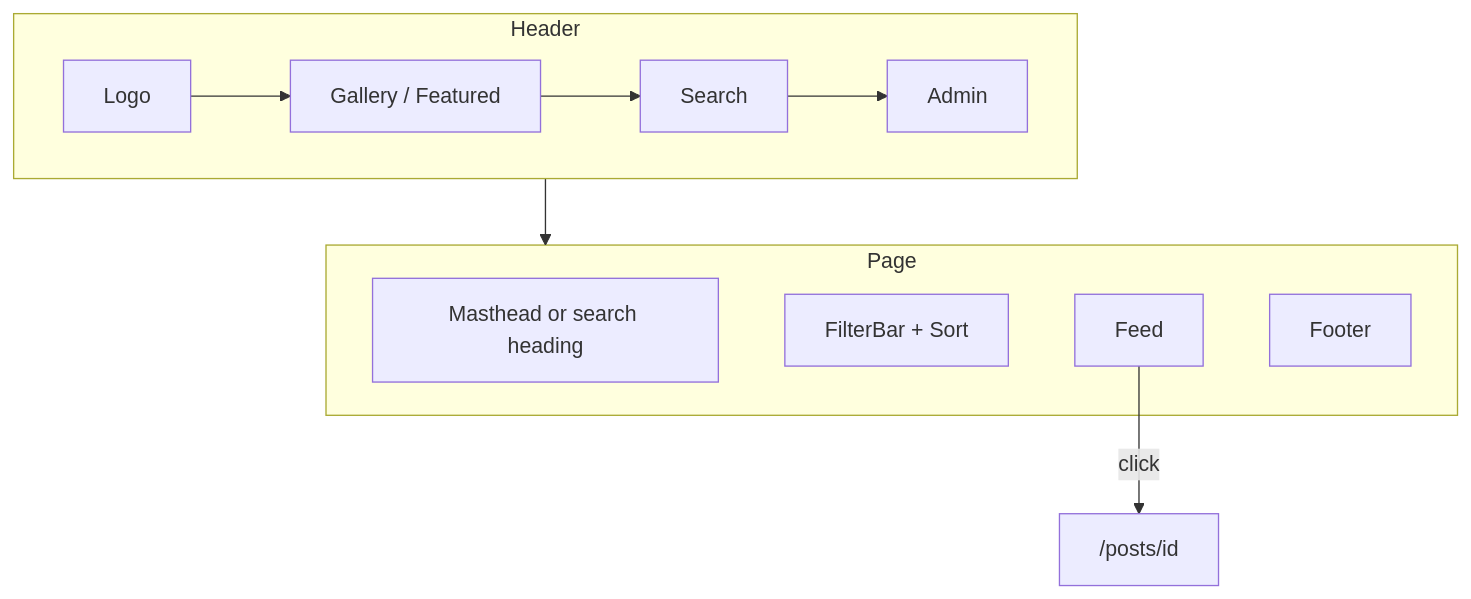
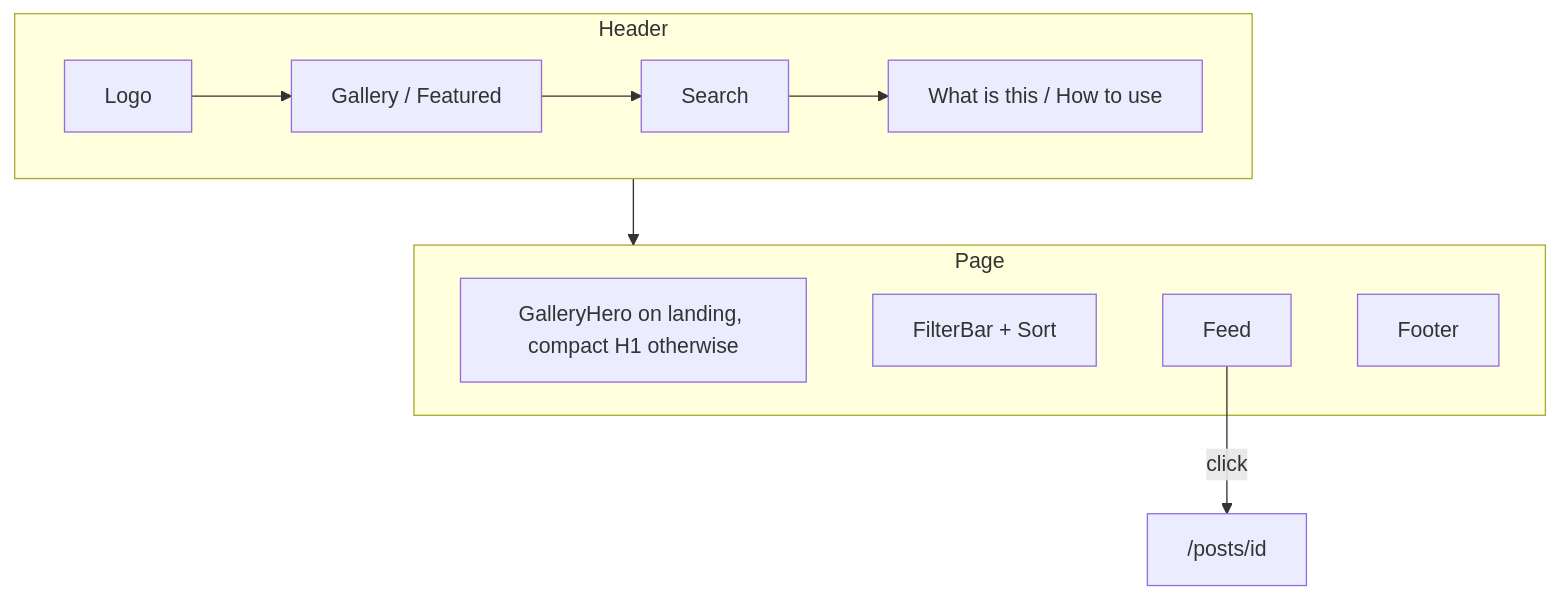
The diagram in docs/GALLERY.md (Tuntunkr/spiffing), drawn with Mermaid before and after one commit. The commit also changed other lines of this file and 131 other files, not shown here.

````diff
--- a/docs/GALLERY.md
+++ b/docs/GALLERY.md
@@ -20,16 +25,16 @@
 ```mermaid
 flowchart TB
   subgraph Header
     Logo --> Nav[Gallery / Featured]
     Nav --> Search
-    Search --> Admin
+    Search --> Guides[What is this / How to use]
   end
   subgraph Page
-    H1[Masthead or search heading]
+    Hero[GalleryHero on landing, compact H1 otherwise]
     Chips[FilterBar + Sort]
     Grid[Feed]
     Foot[Footer]
   end
   Header --> Page
   Grid -->|click| Detail["/posts/id"]
 ```
````
